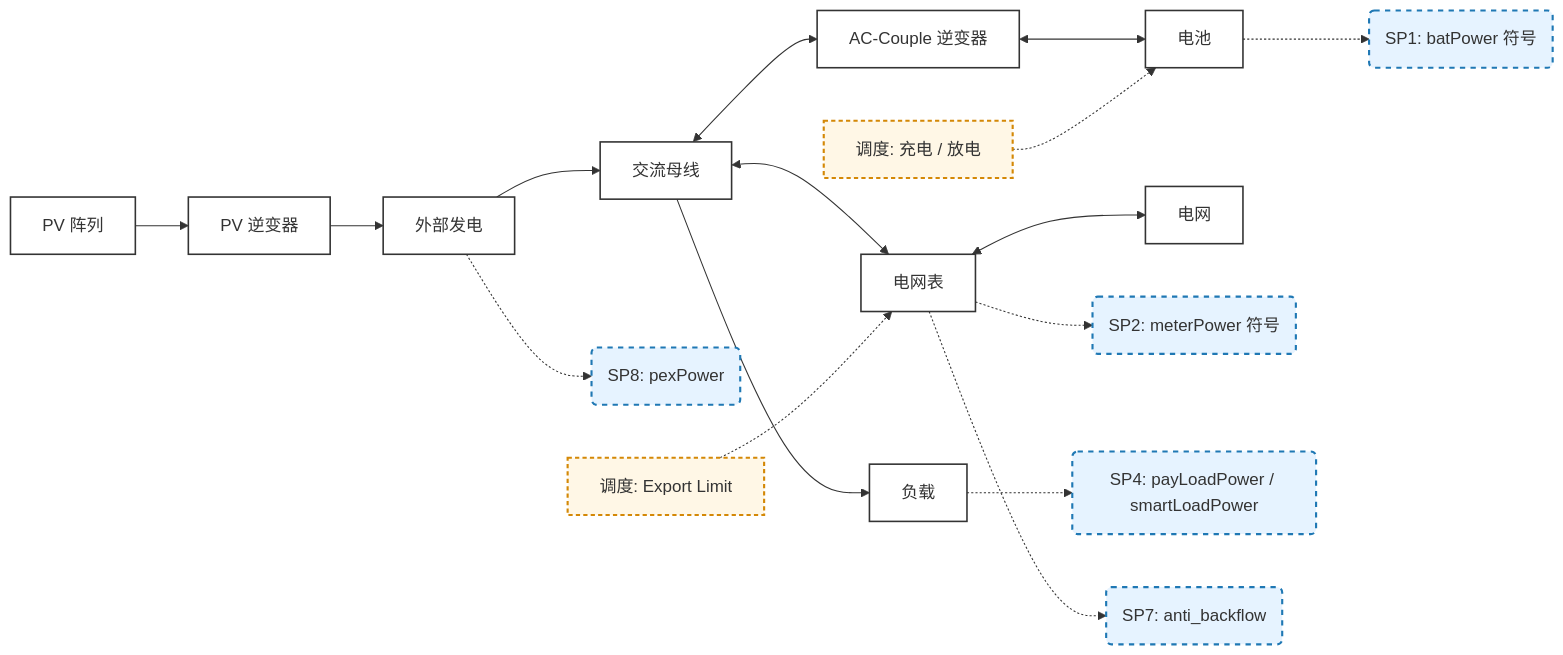
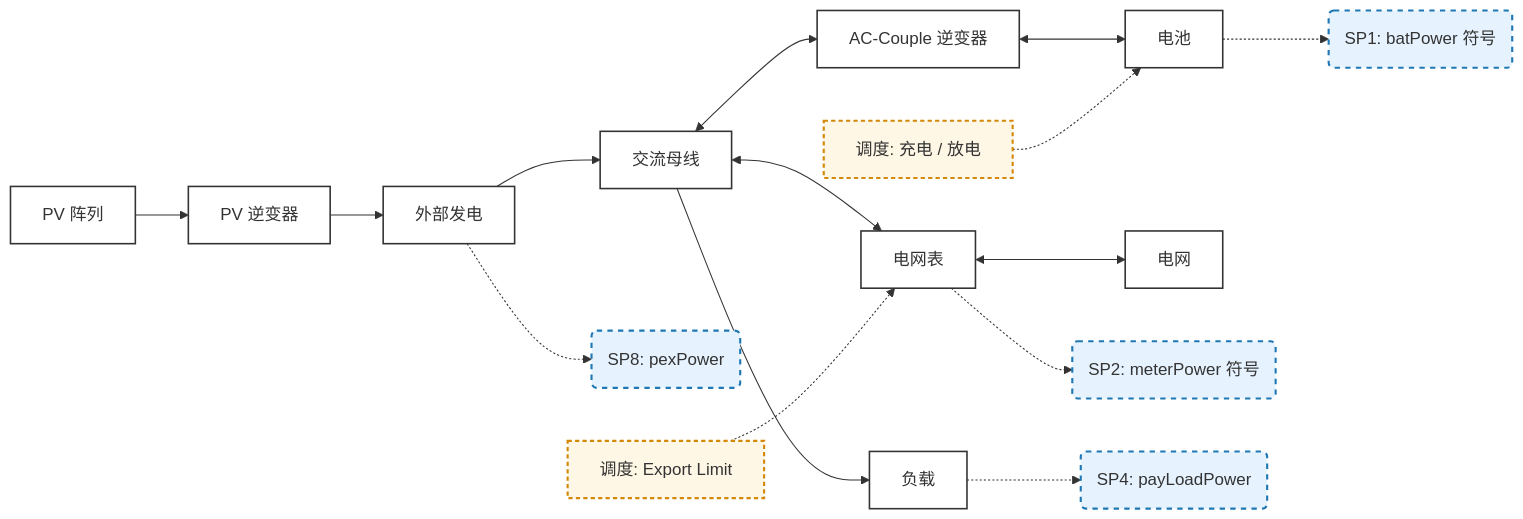
The third of 8 diagrams in Growatt API/OPENAPI.zh-CN/13_ess_semantic_model.md (EugeneJian/growatt-unified-api), drawn with Mermaid before and after one commit. The commit also changed other lines of this file and 2 other files, not shown here.

````diff
--- a/Growatt API/OPENAPI.zh-CN/13_ess_semantic_model.md
+++ b/Growatt API/OPENAPI.zh-CN/13_ess_semantic_model.md
@@ -130,48 +128,46 @@
 ```mermaid
 flowchart LR
 
     classDef asset fill:#ffffff,stroke:#333,stroke-width:1.5px;
     classDef semantic fill:#e6f3ff,stroke:#1f78b4,stroke-width:2px,stroke-dasharray: 5 5;
     classDef dispatch fill:#fff7e6,stroke:#d48806,stroke-width:2px,stroke-dasharray: 4 3;
 
     PV["PV 阵列"]
     PVInverter["PV 逆变器"]
     ExternalGeneration["外部发电"]
     ACBus["交流母线"]
     ACInverter["AC-Couple 逆变器"]
     Battery["电池"]
     GridMeter["电网表"]
     Load["负载"]
     Grid["电网"]
 
     PV --> PVInverter
     PVInverter --> ExternalGeneration
     ExternalGeneration --> ACBus
     ACBus <--> ACInverter
     ACInverter <--> Battery
     ACBus --> Load
     ACBus <--> GridMeter
     GridMeter <--> Grid
 
     SP1("SP1: batPower 符号")
     SP2("SP2: meterPower 符号")
-    SP4("SP4: payLoadPower / smartLoadPower")
-    SP7("SP7: anti_backflow")
+    SP4("SP4: payLoadPower")
     SP8("SP8: pexPower")
 
     Battery -.-> SP1
     GridMeter -.-> SP2
     Load -.-> SP4
-    GridMeter -.-> SP7
     ExternalGeneration -.-> SP8
 
     D1["调度: 充电 / 放电"]
     D2["调度: Export Limit"]
 
     D1 -.-> Battery
     D2 -.-> GridMeter
 
     class PV,PVInverter,ExternalGeneration,ACBus,ACInverter,Battery,GridMeter,Load,Grid asset;
-    class SP1,SP2,SP4,SP7,SP8 semantic;
+    class SP1,SP2,SP4,SP8 semantic;
     class D1,D2 dispatch;
 ```
````
